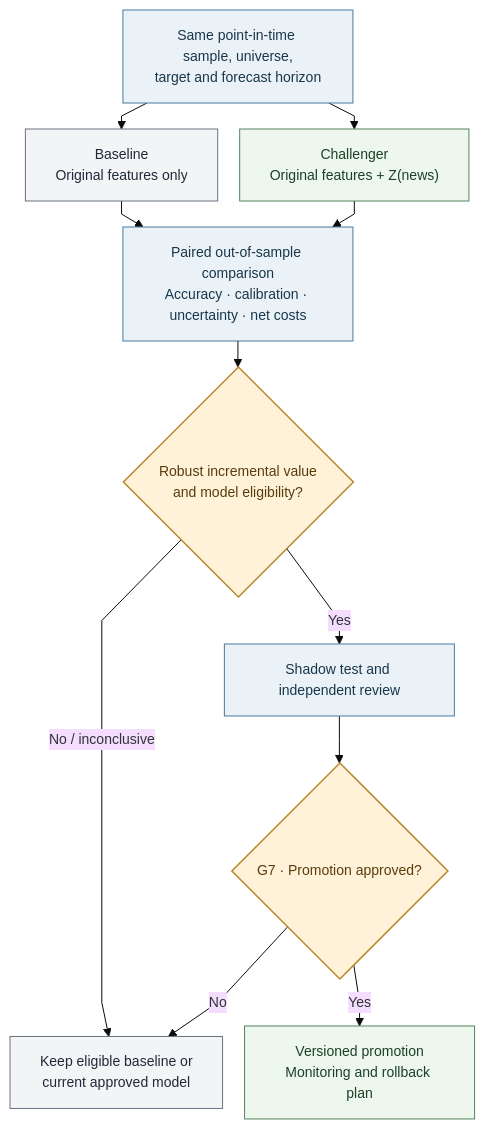
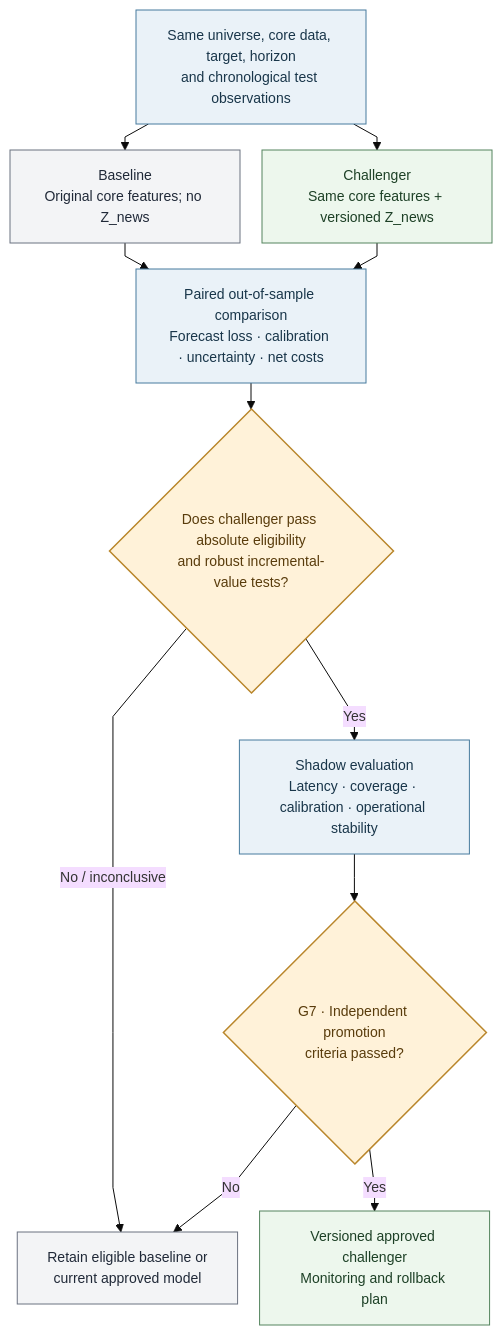
The third of 15 diagrams in docs/AQP OVERVIEW.md (dannysilverio6-creator/AQP---LSEG), drawn with Mermaid before and after one commit. The commit also changed other lines of this file, not shown here.

````diff
--- a/docs/AQP OVERVIEW.md
+++ b/docs/AQP OVERVIEW.md
@@ -172,23 +195,23 @@
 ```mermaid
 %%{init: {"theme": "base", "flowchart": {"nodeSpacing": 22, "rankSpacing": 26, "wrappingWidth": 170, "diagramPadding": 16, "curve": "linear"}, "themeVariables": {"fontSize": "14px"}}}%%
 flowchart TB
-    INPUT["Same point-in-time sample, universe,<br/>target and forecast horizon"] --> BASE["Baseline<br/>Original features only"]
-    INPUT --> CHAL["Challenger<br/>Original features + Z(news)"]
-    BASE --> PAIR["Paired out-of-sample comparison<br/>Accuracy · calibration · uncertainty · net costs"]
+    INPUT["Same universe, core data, target, horizon<br/>and chronological test observations"] --> BASE["Baseline<br/>Original core features; no Z_news"]
+    INPUT --> CHAL["Challenger<br/>Same core features + versioned Z_news"]
+    BASE --> PAIR["Paired out-of-sample comparison<br/>Forecast loss · calibration · uncertainty · net costs"]
     CHAL --> PAIR
-    PAIR --> VALUE{Robust incremental value<br/>and model eligibility?}
-    VALUE -->|No / inconclusive| KEEP["Keep eligible baseline or<br/>current approved model"]
-    VALUE -->|Yes| SHADOW["Shadow test and independent review"]
-    SHADOW --> G7{G7 · Promotion approved?}
+    PAIR --> VALUE{Does challenger pass absolute eligibility<br/>and robust incremental-value tests?}
+    VALUE -->|No / inconclusive| KEEP["Retain eligible baseline or<br/>current approved model"]
+    VALUE -->|Yes| SHADOW["Shadow evaluation<br/>Latency · coverage · calibration · operational stability"]
+    SHADOW --> G7{G7 · Independent promotion<br/>criteria passed?}
     G7 -->|No| KEEP
-    G7 -->|Yes| PROMOTE["Versioned promotion<br/>Monitoring and rollback plan"]
+    G7 -->|Yes| PROMOTE["Versioned approved challenger<br/>Monitoring and rollback plan"]
 
     classDef baseline fill:#f3f4f6,stroke:#6b7280,color:#202938;
     classDef challenger fill:#edf7ed,stroke:#54845e,color:#1d4026;
     classDef process fill:#eaf2f8,stroke:#477b9e,color:#19364a;
     classDef gate fill:#fff2d9,stroke:#b9862b,color:#593c0c,stroke-width:1.5px;
     class INPUT,PAIR,SHADOW process;
     class BASE,KEEP baseline;
     class CHAL,PROMOTE challenger;
     class VALUE,G7 gate;
 ```
````
